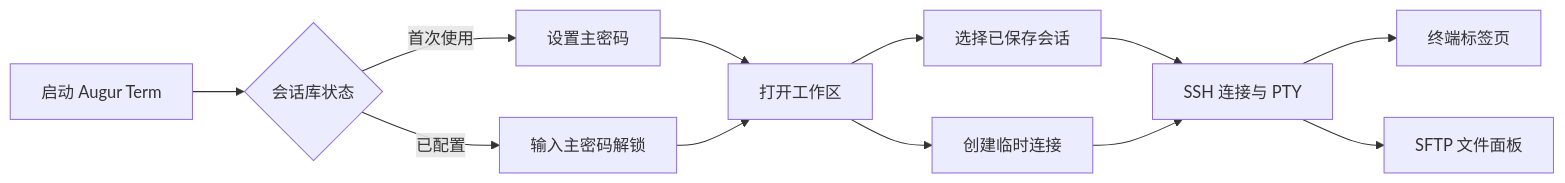
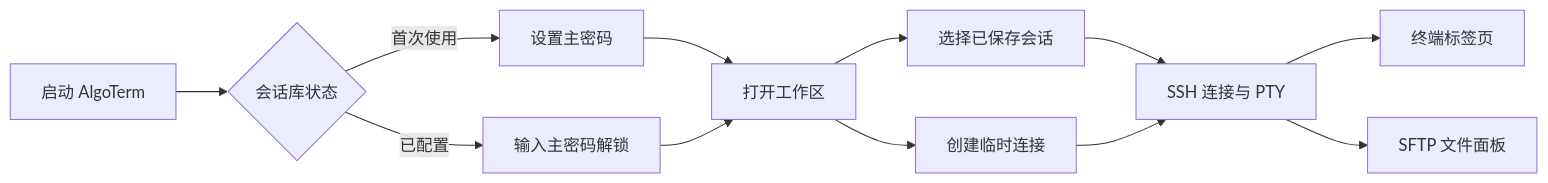
Before and after one commit to algosoft-lab/algosoft-lab.github.io: the diagram in src/docs/zh-CN/augur-term.md, drawn with Mermaid. The commit also changed other lines of this file and 14 other files, not shown here.

````diff
--- a/src/docs/zh-CN/augur-term.md
+++ b/src/docs/zh-CN/augur-term.md
@@ -24,14 +24,14 @@
 ```mermaid
 flowchart LR
-    A[启动 Augur Term] --> B{会话库状态}
+    A[启动 AlgoTerm] --> B{会话库状态}
     B -- 首次使用 --> C[设置主密码]
     B -- 已配置 --> D[输入主密码解锁]
     C --> E[打开工作区]
     D --> E
     E --> F[选择已保存会话]
     E --> G[创建临时连接]
     F --> H[SSH 连接与 PTY]
     G --> H
     H --> I[终端标签页]
     H --> J[SFTP 文件面板]
 ```
````
